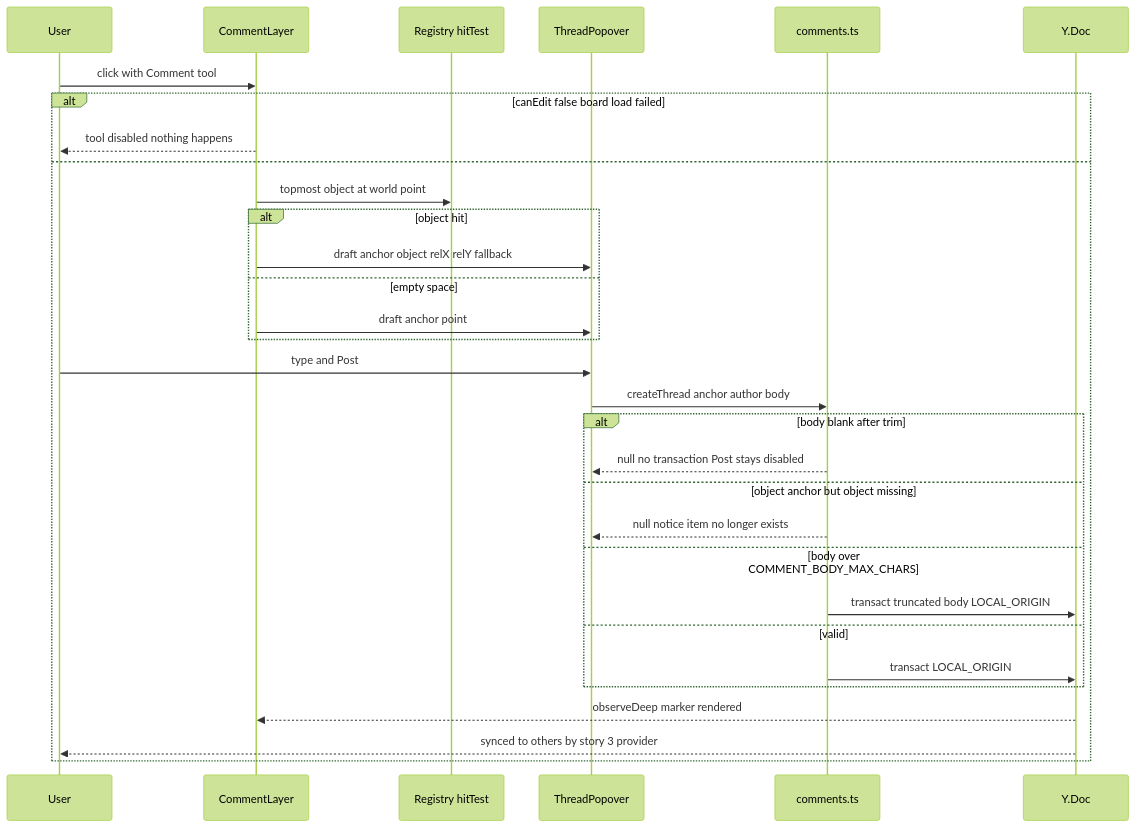
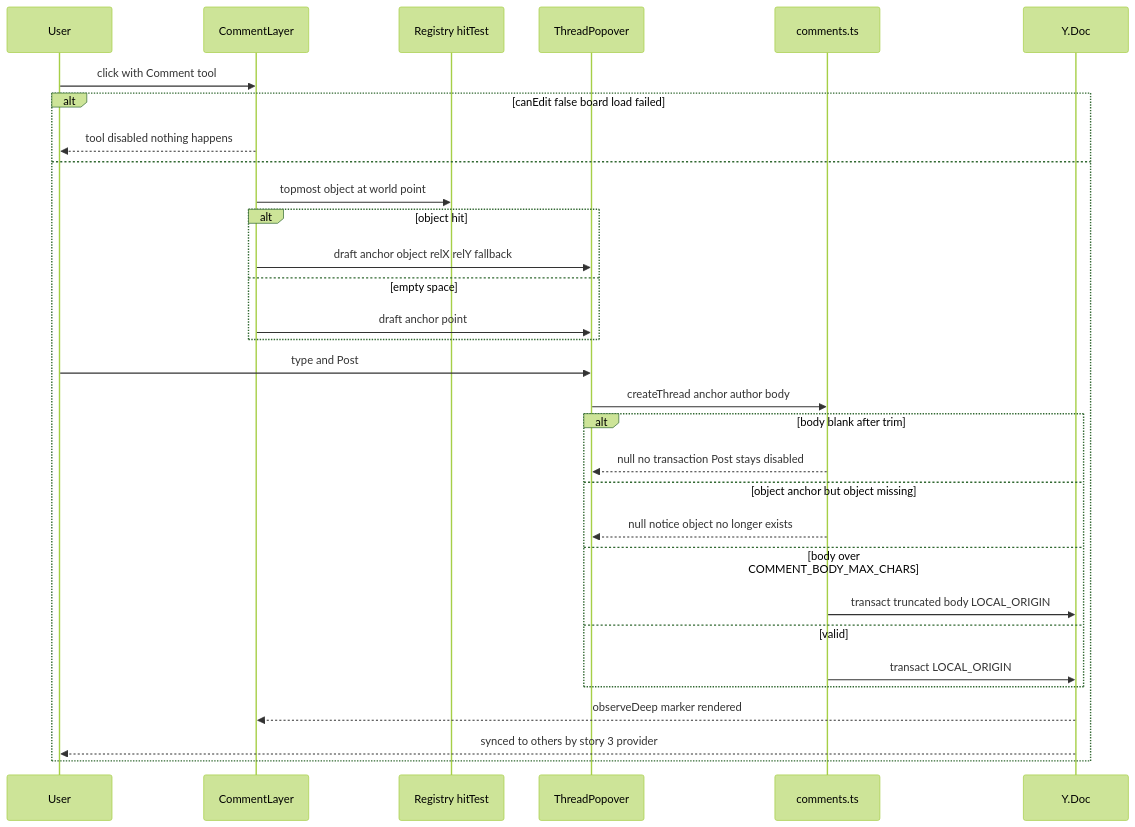
The eighth of 12 diagrams in benchmarks/vidi/spec/stories/016-leave-comments-on-board-content-for-teammates/design.md (boxabirds/awesome-local-ai), drawn with Mermaid (forest theme) before and after one commit. The commit also changed other lines of this file and 69 other files, not shown here.

````diff
--- a/benchmarks/vidi/spec/stories/016-leave-comments-on-board-content-for-teammates/design.md
+++ b/benchmarks/vidi/spec/stories/016-leave-comments-on-board-content-for-teammates/design.md
@@ -130,33 +159,33 @@
 ```mermaid
 sequenceDiagram
     participant U as User
     participant L as CommentLayer
     participant R as Registry hitTest
     participant P as ThreadPopover
     participant M as comments.ts
     participant D as Y.Doc
     U->>L: click with Comment tool
     alt canEdit false board load failed
         L-->>U: tool disabled nothing happens
     else
         L->>R: topmost object at world point
         alt object hit
             L->>P: draft anchor object relX relY fallback
         else empty space
             L->>P: draft anchor point
         end
         U->>P: type and Post
         P->>M: createThread anchor author body
         alt body blank after trim
             M-->>P: null no transaction Post stays disabled
         else object anchor but object missing
-            M-->>P: null notice item no longer exists
+            M-->>P: null notice object no longer exists
         else body over COMMENT_BODY_MAX_CHARS
             M->>D: transact truncated body LOCAL_ORIGIN
         else valid
             M->>D: transact LOCAL_ORIGIN
         end
         D-->>L: observeDeep marker rendered
         D-->>U: synced to others by story 3 provider
     end
 ```
````
